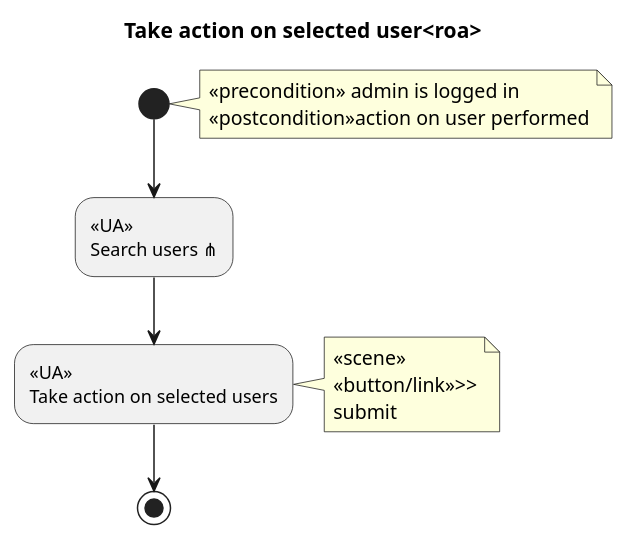
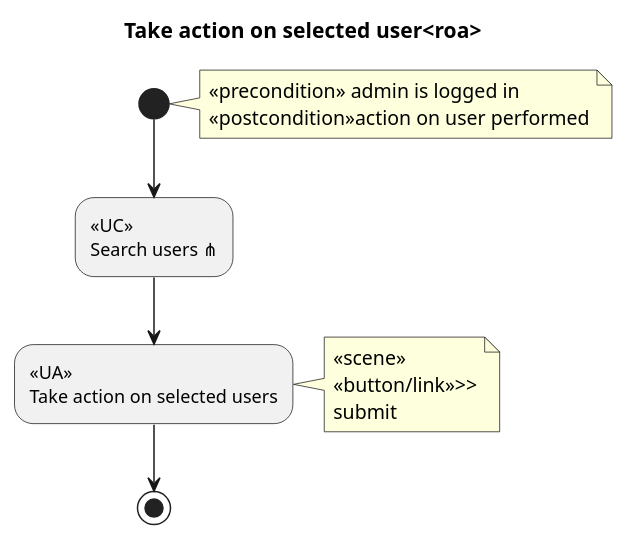
One commit to bzg/bugpile changed the sixth of 38 diagrams in doc/worg/org-contrib/gsoc2012/student-projects/bugpile/i.org. Above: the diagram before and after it, drawn with PlantUML. The commit also changed other lines of this file and 3 other files, not shown here.

Commit message:
i.org tutorial on worg: software oriented use case diagrams written.

```diff
--- a/doc/worg/org-contrib/gsoc2012/student-projects/bugpile/i.org
+++ b/doc/worg/org-contrib/gsoc2012/student-projects/bugpile/i.org
@@ -701,8 +701,8 @@
 #+begin_src plantuml :file ../../../../images/gsoc/2012/bugpile/take-action-select-users-uml-roa.png 
   title Take action on selected user<roa>
   note right: <<precondition>> admin is logged in\n<<postcondition>>action on user performed
-  (*) --> "<<UA>>\nSearch users ⋔" 
+  (*) --> "<<UC>>\nSearch users ⋔" 
   --> "<<UA>>\nTake action on selected users"
   note right: <<scene>>\n<<button/link>>>>\nsubmit
   --> (*)
 #+end_src
```
